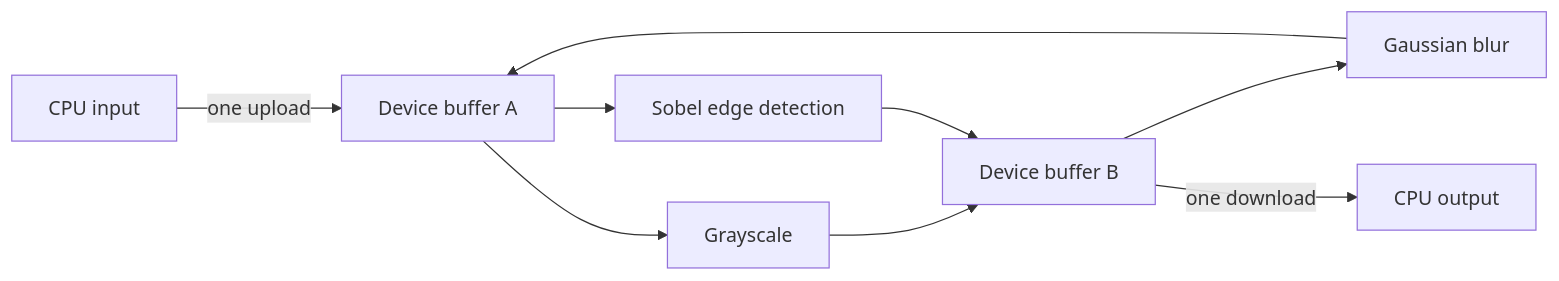
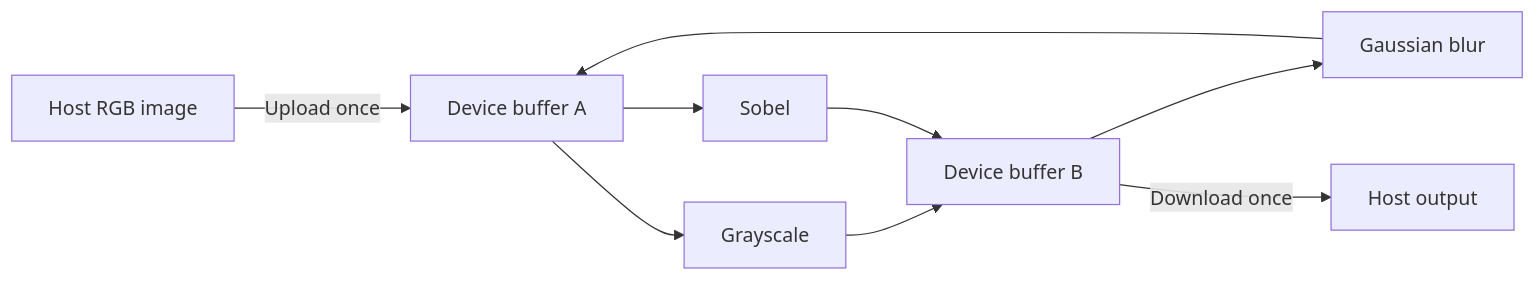
One commit to montgomerysamantha/CudaImagePipeline changed the diagram in README.md. Above: the diagram before and after it, drawn with Mermaid. The commit also changed other lines of this file, not shown here.

````diff
--- a/README.md
+++ b/README.md
@@ -80,11 +106,11 @@
 ```mermaid
 flowchart LR
-    CPU_IN[CPU input] -->|one upload| A[Device buffer A]
+    H[Host RGB image] -->|Upload once| A[Device buffer A]
     A --> G[Grayscale]
     G --> B[Device buffer B]
-    B --> GB[Gaussian blur]
-    GB --> A
-    A --> S[Sobel edge detection]
-    S --> B
-    B -->|one download| CPU_OUT[CPU output]
+    B --> BL[Gaussian blur]
+    BL --> A
+    A --> E[Sobel]
+    E --> B
+    B -->|Download once| O[Host output]
 ```
````
